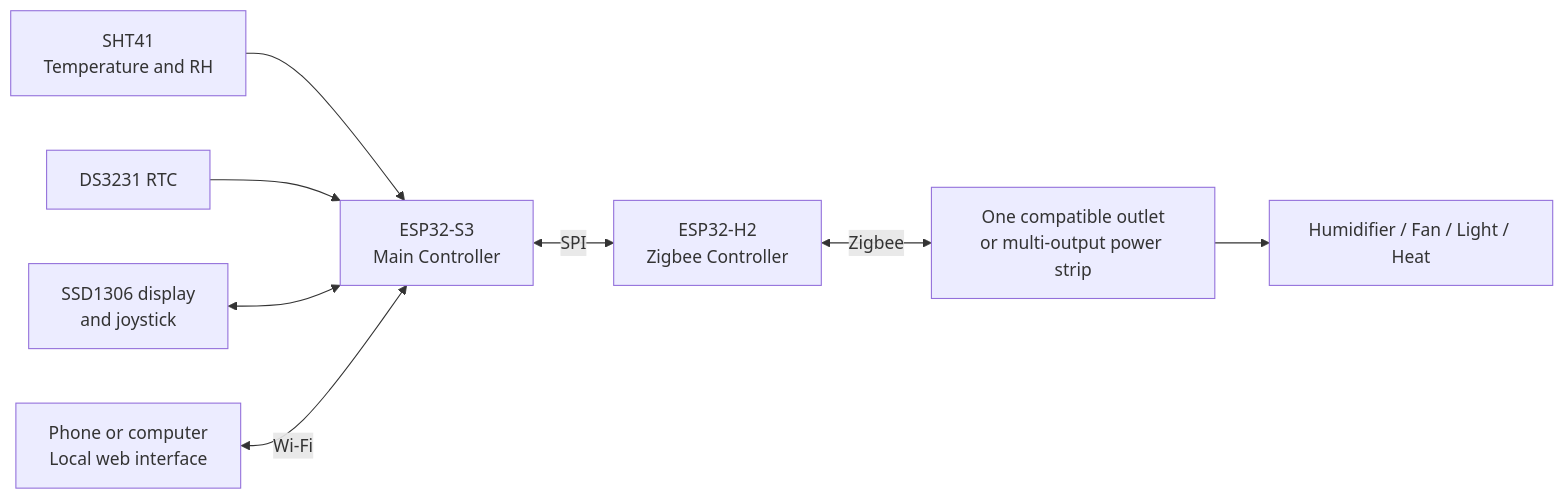
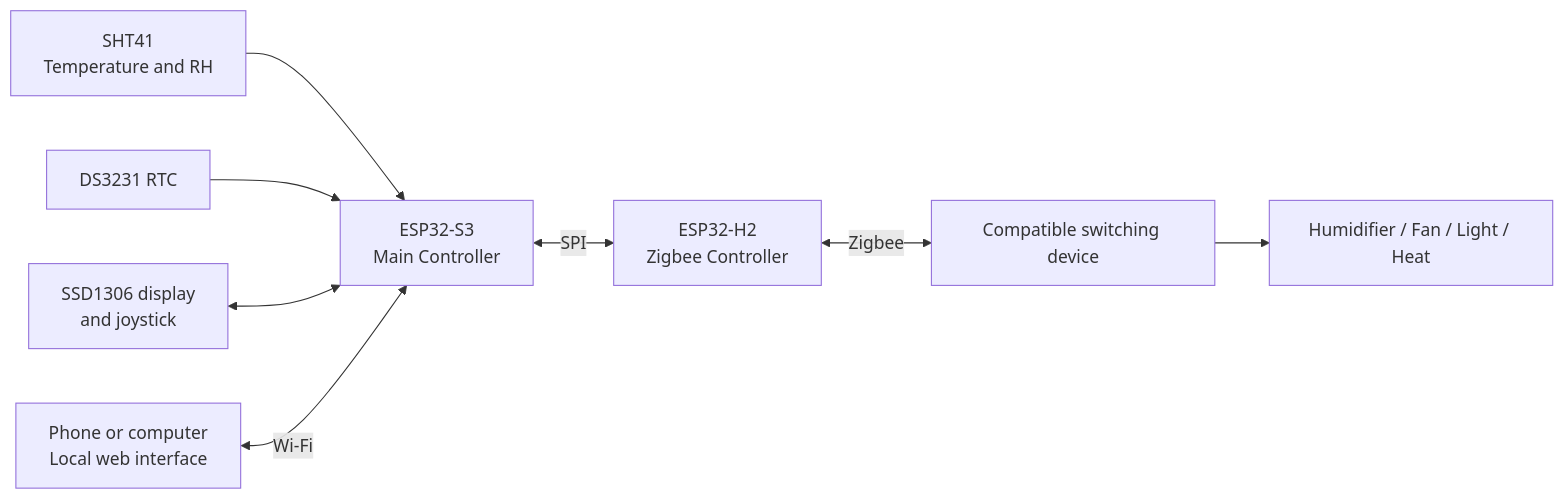
The diagram in docs/hardware-overview.md (Moffefe/MycoBox), drawn with Mermaid before and after one commit. The commit also changed other lines of this file and 13 other files, not shown here.

````diff
--- a/docs/hardware-overview.md
+++ b/docs/hardware-overview.md
@@ -9,10 +11,10 @@
 ```mermaid
 flowchart LR
     SENSOR["SHT41<br>Temperature and RH"] --> S3["ESP32-S3<br>Main Controller"]
     RTC["DS3231 RTC"] --> S3
     DISPLAY["SSD1306 display<br>and joystick"] <--> S3
     BROWSER["Phone or computer<br>Local web interface"] <-->|Wi-Fi| S3
     S3 <-->|SPI| H2["ESP32-H2<br>Zigbee Controller"]
-    H2 <-->|Zigbee| STRIP["One compatible outlet<br>or multi-output power strip"]
+    H2 <-->|Zigbee| STRIP["Compatible switching device"]
     STRIP --> EQUIPMENT["Humidifier / Fan / Light / Heat"]
 ```
````
